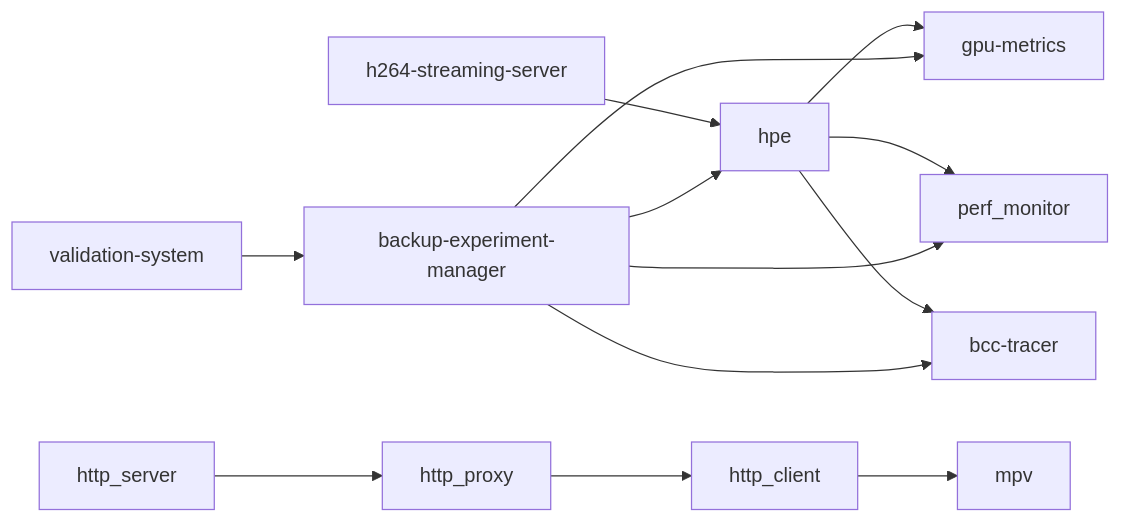
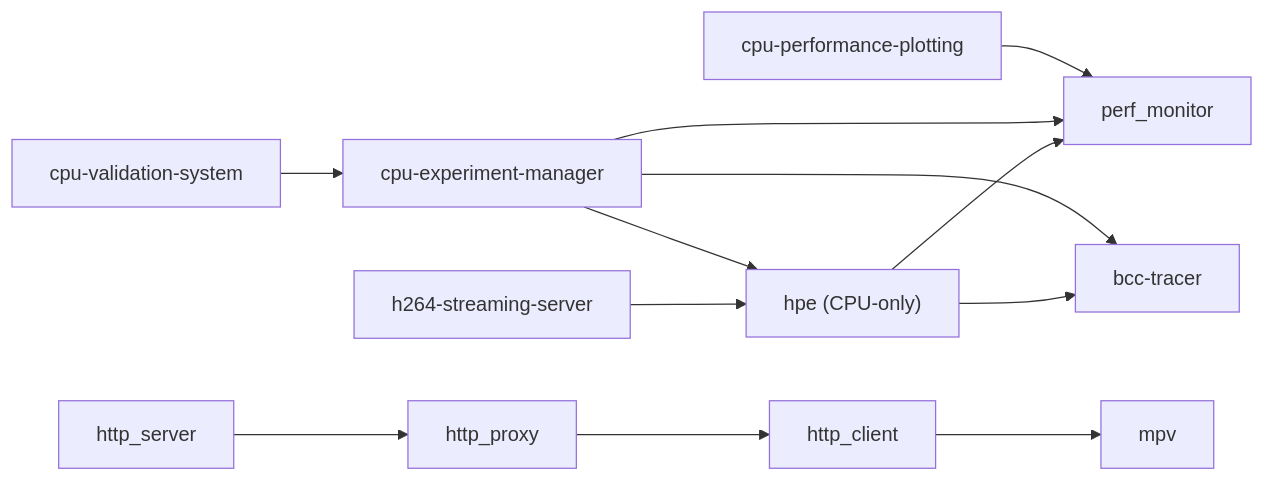
The third of 3 diagrams in .qoder/repowiki/en/content/Deployment Infrastructure/Containerization and Docker Configuration.md (Fogus-Gr/MeasurementsDTs), drawn with Mermaid before and after one commit. The commit also changed other lines of this file and 5 other files, not shown here.

````diff
--- a/.qoder/repowiki/en/content/Deployment Infrastructure/Containerization and Docker Configuration.md
+++ b/.qoder/repowiki/en/content/Deployment Infrastructure/Containerization and Docker Configuration.md
@@ -442,15 +446,14 @@
 ```mermaid
 graph LR
-H264["h264-streaming-server"] --> HPE["hpe"]
-HPE --> GPU["gpu-metrics"]
+H264["h264-streaming-server"] --> HPE["hpe (CPU-only)"]
 HPE --> PERF["perf_monitor"]
 HPE --> BPF["bcc-tracer"]
-BACKUP["backup-experiment-manager"] --> HPE
-BACKUP --> GPU
-BACKUP --> PERF
-BACKUP --> BPF
-VALIDATION["validation-system"] --> BACKUP
+CPU_FRAMEWORK["cpu-experiment-manager"] --> HPE
+CPU_FRAMEWORK --> PERF
+CPU_FRAMEWORK --> BPF
+VALIDATION["cpu-validation-system"] --> CPU_FRAMEWORK
+PLOTTING["cpu-performance-plotting"] --> PERF
 HTTP_SERVER["http_server"] --> HTTP_PROXY["http_proxy"]
 HTTP_PROXY --> HTTP_CLIENT["http_client"]
 HTTP_CLIENT --> MPV["mpv"]
 ```
````
